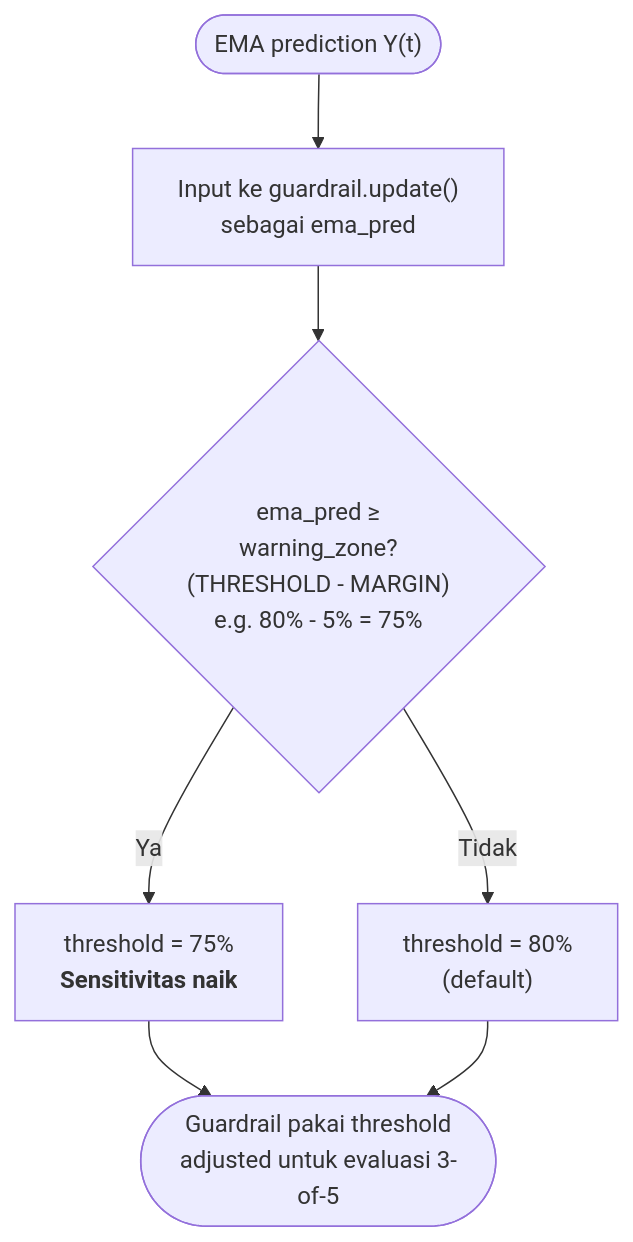
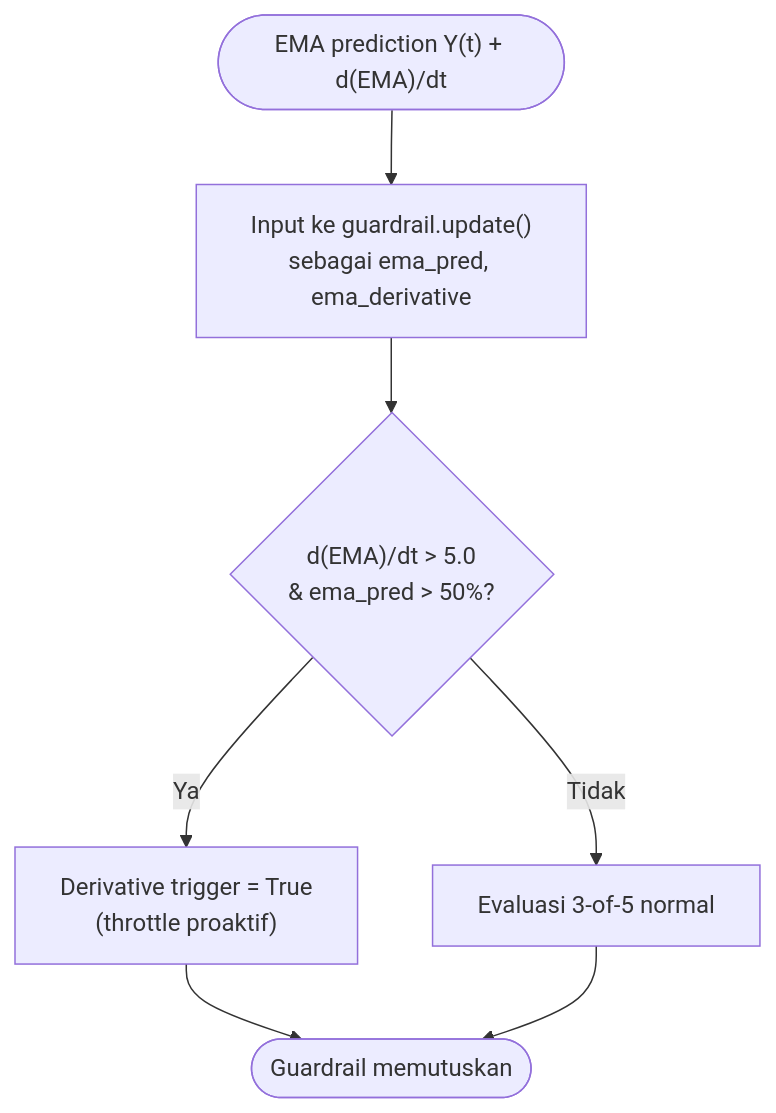
The second of 2 diagrams in architecture-diagrams/layer-3-control/03_ema_predictor.md (fauzanreza/green-container-framework), drawn with Mermaid before and after one commit. The commit also changed other lines of this file and 21 other files, not shown here.

````diff
--- a/architecture-diagrams/layer-3-control/03_ema_predictor.md
+++ b/architecture-diagrams/layer-3-control/03_ema_predictor.md
@@ -43,20 +40,13 @@
 ```mermaid
 flowchart TD
-    EMA_INPUT(["EMA prediction Y(t)"])
+    EMA_INPUT(["EMA prediction Y(t) + d(EMA)/dt"])
+    FEED["Input ke guardrail.update()<br/>sebagai ema_pred, ema_derivative"]
+    CHECK{"d(EMA)/dt > 5.0<br/>& ema_pred > 50%?"}
+    TRIGGER["Derivative trigger = True<br/>(throttle proaktif)"]
+    NORMAL["Evaluasi 3-of-5 normal"]
+    RESULT([" Guardrail memutuskan"])
 
-    FEED["Input ke guardrail.update()<br/>sebagai ema_pred"]
-
-    CHECK{"ema_pred ≥<br/>warning_zone?<br/>(THRESHOLD - MARGIN)<br/>e.g. 80% - 5% = 75%"}
-
-    LOWER["threshold = 75%<br/><b>Sensitivitas naik</b>"]
-    NORMAL["threshold = 80%<br/>(default)"]
-
-    RESULT(["Guardrail pakai threshold<br/>adjusted untuk evaluasi 3-of-5"])
-
-    EMA_INPUT --> FEED
-    FEED --> CHECK
-    CHECK -->|Ya| LOWER
-    CHECK -->|Tidak| NORMAL
-    LOWER --> RESULT
-    NORMAL --> RESULT
+    EMA_INPUT --> FEED --> CHECK
+    CHECK -->|Ya| TRIGGER --> RESULT
+    CHECK -->|Tidak| NORMAL --> RESULT
 ```
````
